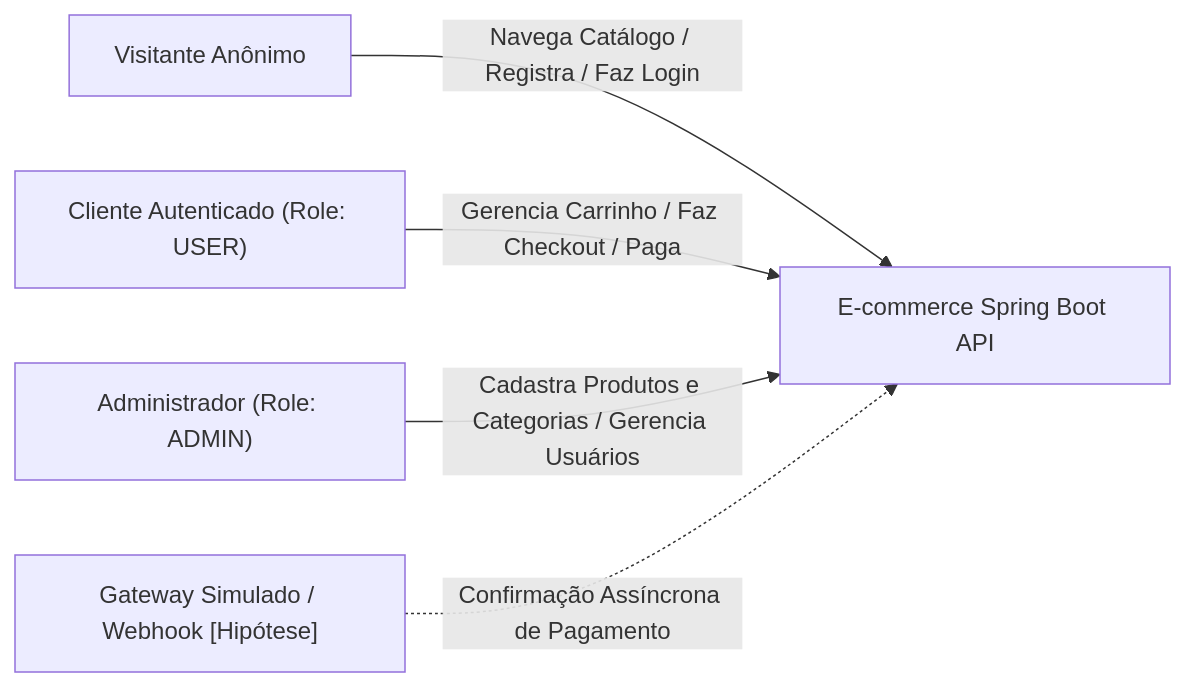
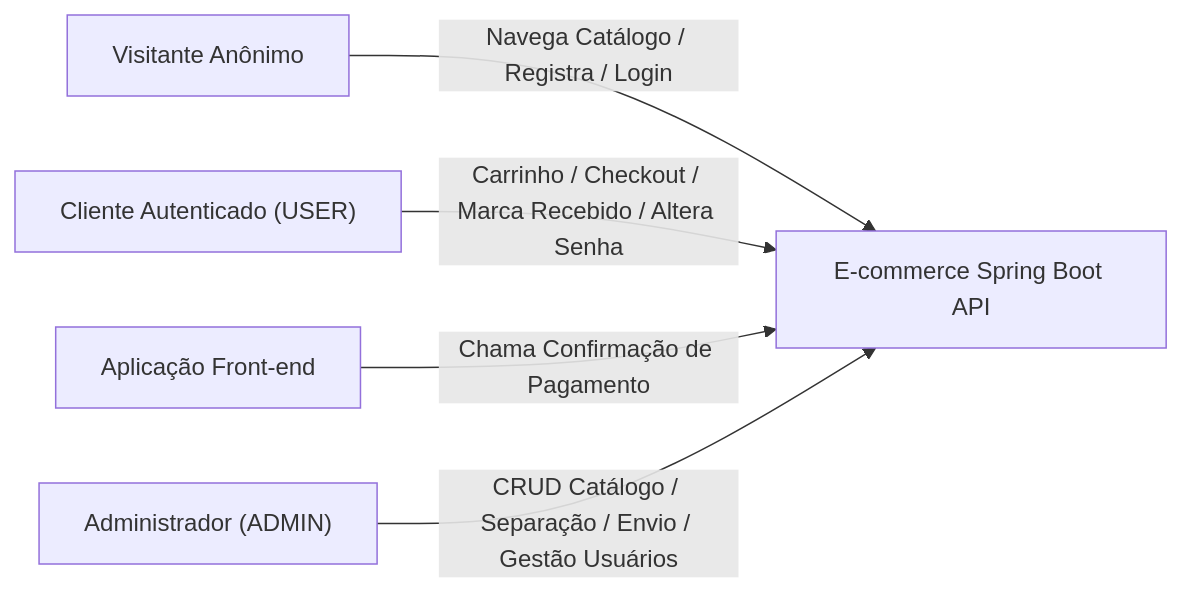
Before and after one commit to marcosfshirafuchi/Alura-Spec-Driven-Development-Java-Sem-Docker: the diagram in docs/objetivo-do-sistema.md, drawn with Mermaid. The commit also changed other lines of this file and 10 other files, not shown here.

````diff
--- a/docs/objetivo-do-sistema.md
+++ b/docs/objetivo-do-sistema.md
@@ -62,12 +79,12 @@
 ```mermaid
 flowchart LR
     Visitor["Visitante Anônimo"]
-    Customer["Cliente Autenticado (Role: USER)"]
-    Admin["Administrador (Role: ADMIN)"]
-    GatewaySim["Gateway Simulado / Webhook [Hipótese]"]
+    Customer["Cliente Autenticado (USER)"]
+    Admin["Administrador (ADMIN)"]
+    Frontend["Aplicação Front-end"]
 
-    Visitor -->|Navega Catálogo / Registra / Faz Login| System["E-commerce Spring Boot API"]
-    Customer -->|Gerencia Carrinho / Faz Checkout / Paga| System
-    Admin -->|Cadastra Produtos e Categorias / Gerencia Usuários| System
-    GatewaySim -.->|Confirmação Assíncrona de Pagamento| System
+    Visitor -->|Navega Catálogo / Registra / Login| System["E-commerce Spring Boot API"]
+    Customer -->|Carrinho / Checkout / Marca Recebido / Altera Senha| System
+    Frontend -->|Chama Confirmação de Pagamento| System
+    Admin -->|CRUD Catálogo / Separação / Envio / Gestão Usuários| System
 ```
````
